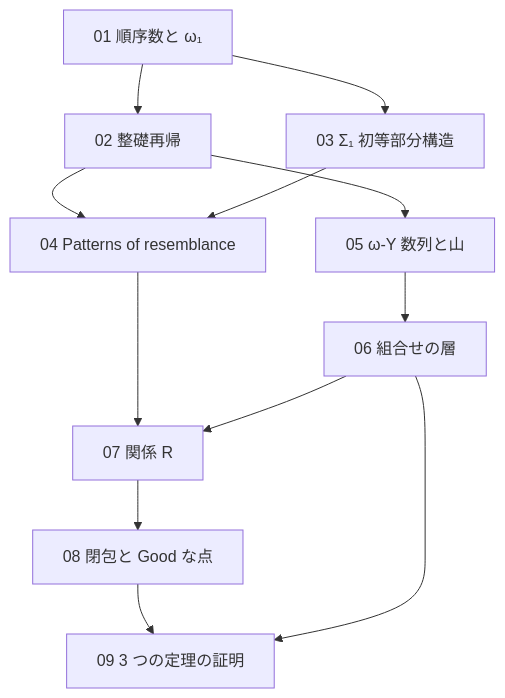
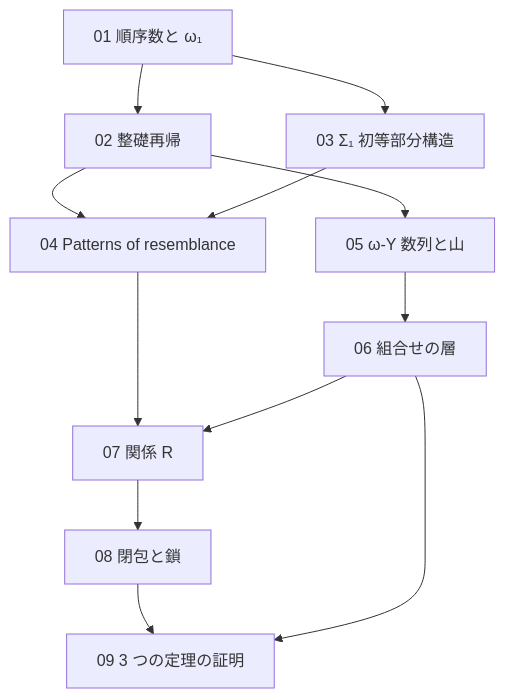
One commit to koteitan/wmwy-wo-por changed the diagram in study/README.md. Above: the diagram before and after it, drawn with Mermaid. The commit also changed other lines of this file and 22 other files, not shown here.

````diff
--- a/study/README.md
+++ b/study/README.md
@@ -27,14 +27,14 @@
 ```mermaid
 flowchart TB
   N01["01 順序数と ω₁"] --> N02["02 整礎再帰"]
   N01 --> N03["03 Σ₁ 初等部分構造"]
   N02 --> N04["04 Patterns of resemblance"]
   N03 --> N04
   N02 --> N05["05 ω-Y 数列と山"]
   N05 --> N06["06 組合せの層"]
   N04 --> N07["07 関係 R"]
   N06 --> N07
-  N07 --> N08["08 閉包と Good な点"]
+  N07 --> N08["08 閉包と鎖"]
   N08 --> N09["09 3 つの定理の証明"]
   N06 --> N09
 ```
````
